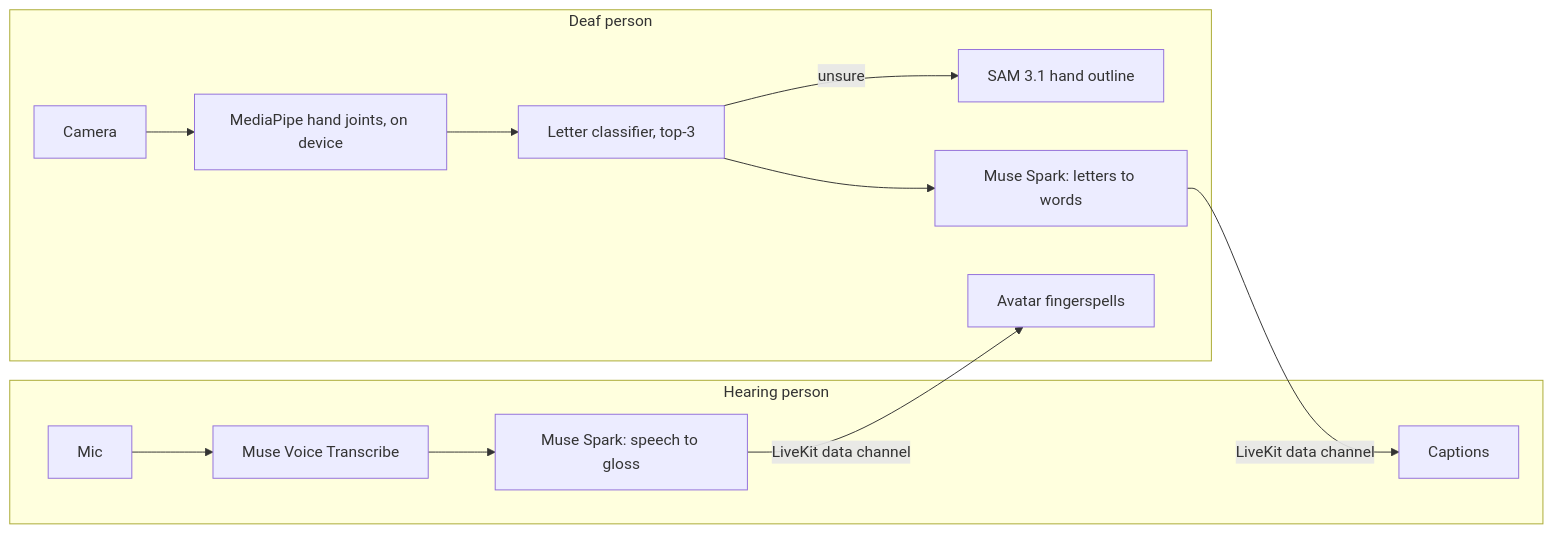
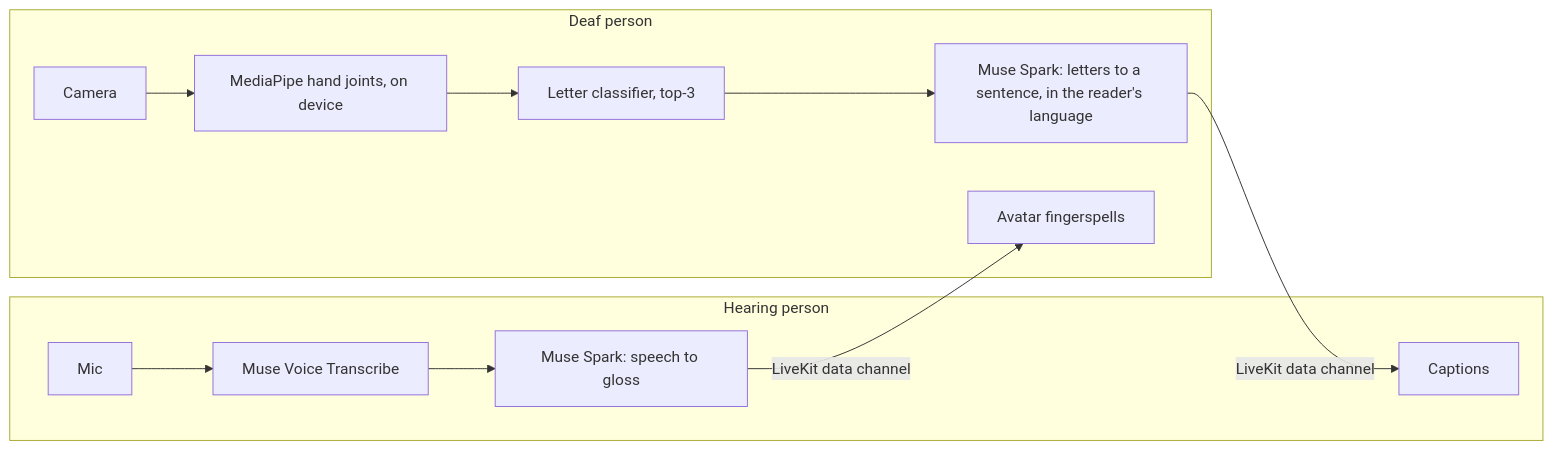
Before and after one commit to Chiboy06/Visign: the diagram in README.md, drawn with Mermaid. The commit also changed other lines of this file and 13 other files, not shown here.

````diff
--- a/README.md
+++ b/README.md
@@ -17,17 +17,16 @@
 ```mermaid
 flowchart LR
   subgraph Hearing["Hearing person"]
     MIC[Mic] --> TR[Muse Voice Transcribe]
     TR --> GL[Muse Spark: speech to gloss]
     CAP[Captions]
   end
   subgraph Deaf["Deaf person"]
     CAM[Camera] --> MP[MediaPipe hand joints, on device]
     MP --> CL[Letter classifier, top-3]
-    CL -->|unsure| SAM[SAM 3.1 hand outline]
-    CL --> DEC[Muse Spark: letters to words]
+    CL --> DEC[Muse Spark: letters to a sentence, in the reader's language]
     AV[Avatar fingerspells]
   end
   GL -- LiveKit data channel --> AV
   DEC -- LiveKit data channel --> CAP
 ```
````
